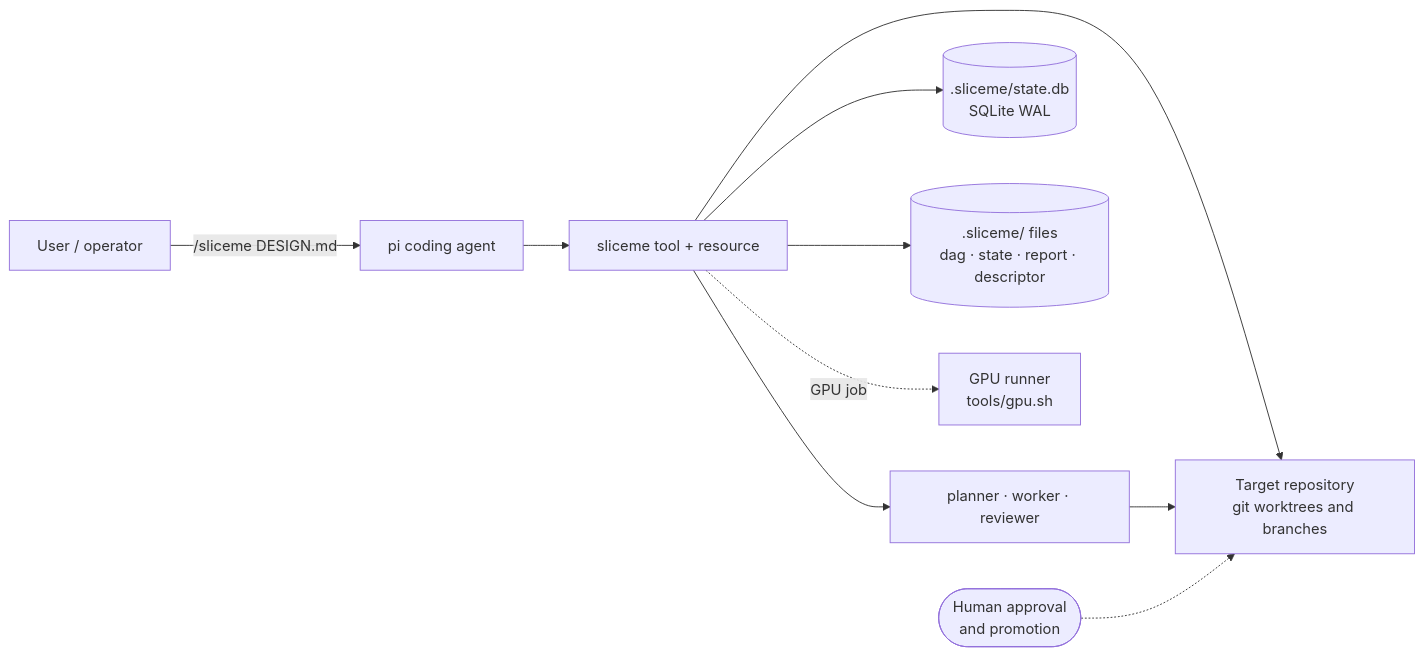
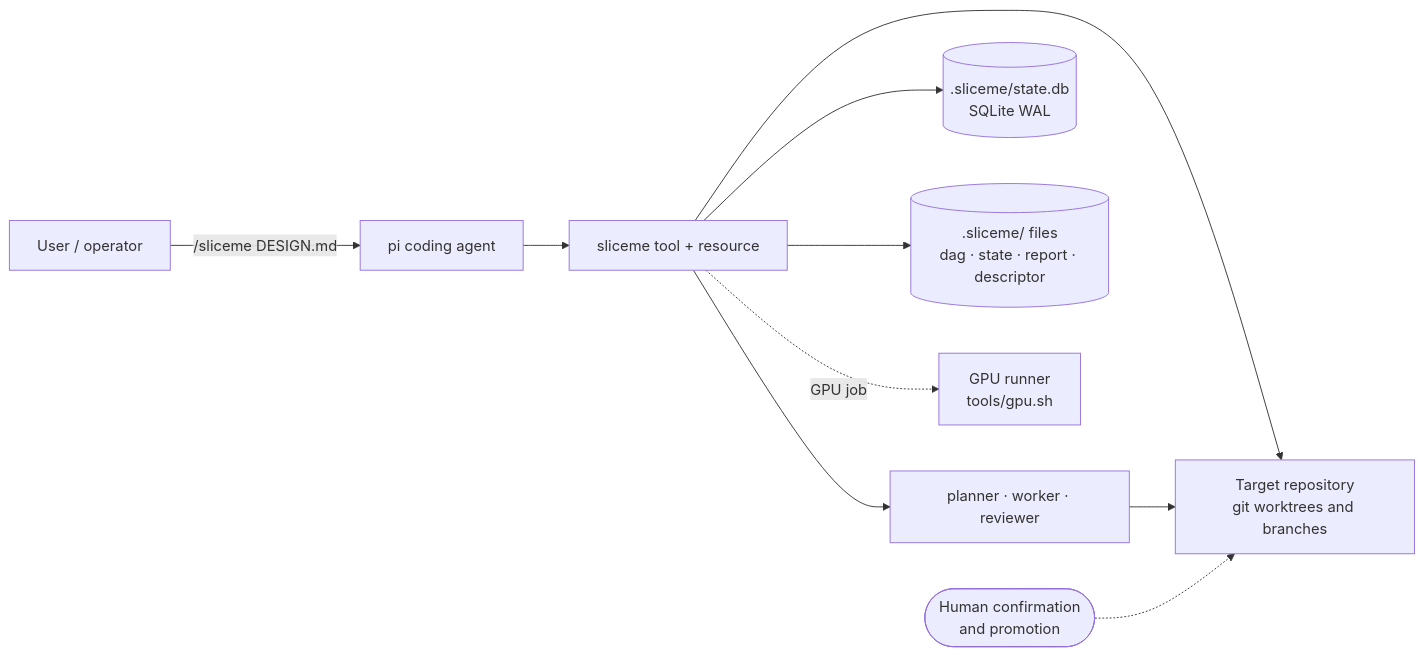
One commit to ming6ao/sliceme changed the first of 10 diagrams in docs/architecture.md. Above: the diagram before and after it, drawn with Mermaid. The commit also changed other lines of this file and 52 other files, not shown here.

````diff
--- a/docs/architecture.md
+++ b/docs/architecture.md
@@ -50,12 +50,12 @@
 ```mermaid
 flowchart LR
   U["User / operator"] -->|"/sliceme DESIGN.md"| PI["pi coding agent"]
   PI --> SL["sliceme tool + resource"]
   SL --> AG["planner · worker · reviewer"]
   SL --> REPO["Target repository<br/>git worktrees and branches"]
   AG --> REPO
   SL --> DB[(".sliceme/state.db<br/>SQLite WAL")]
   SL --> FS[(".sliceme/ files<br/>dag · state · report · descriptor")]
   SL -.->|"GPU job"| GPU["GPU runner<br/>tools/gpu.sh"]
-  PIUSER(["Human approval<br/>and promotion"]) -.-> REPO
+  PIUSER(["Human confirmation<br/>and promotion"]) -.-> REPO
 ```
````
